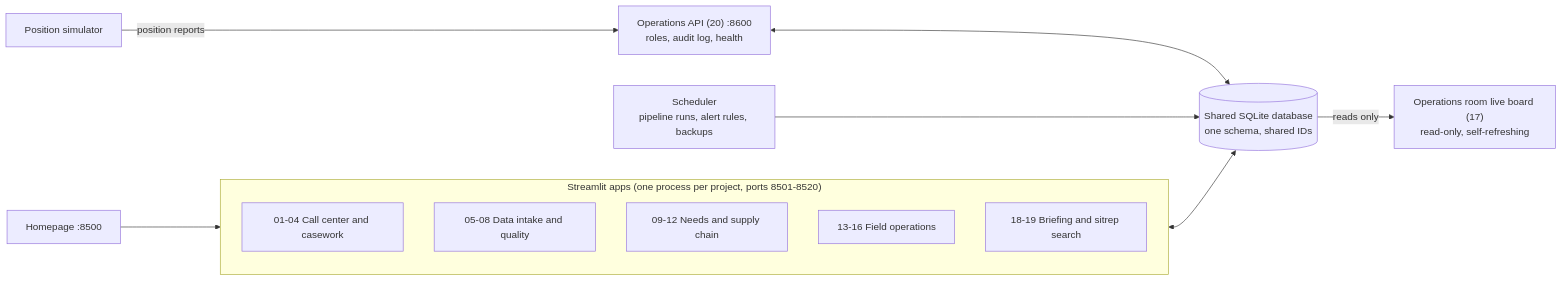
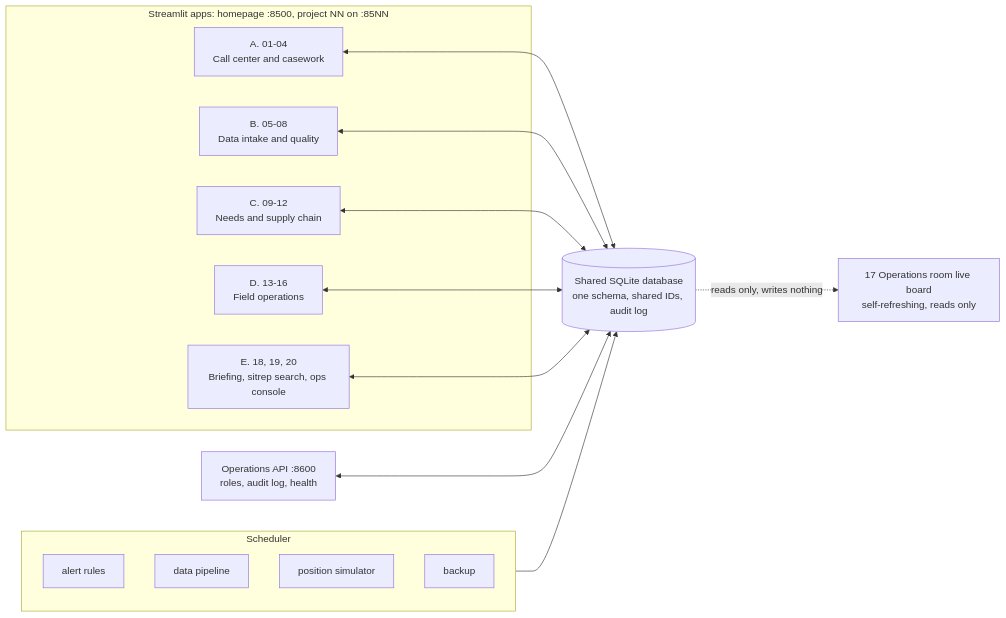
Before and after one commit to ToniHaddad/humanitarian-response-portfolio: the diagram in README.md, drawn with Mermaid. The commit also changed other lines of this file and 8 other files, not shown here.

Commit message:
Root README, architecture diagram, homepage screenshot, merged PROGRESS

````diff
--- a/README.md
+++ b/README.md
@@ -67,21 +120,27 @@
 ```mermaid
 flowchart LR
-    subgraph Apps["Streamlit apps (one process per project, ports 8501-8520)"]
-        A1["01-04 Call center and casework"]
-        A2["05-08 Data intake and quality"]
-        A3["09-12 Needs and supply chain"]
-        A4["13-16 Field operations"]
-        A5["18-19 Briefing and sitrep search"]
+    subgraph Apps["Streamlit apps: homepage :8500, project NN on :85NN"]
+        GA["A. 01-04<br/>Call center and casework"]
+        GB["B. 05-08<br/>Data intake and quality"]
+        GC["C. 09-12<br/>Needs and supply chain"]
+        GD["D. 13-16<br/>Field operations"]
+        GE["E. 18, 19, 20<br/>Briefing, sitrep search, ops console"]
     end
-    Home["Homepage :8500"] --> Apps
-    API["Operations API (20) :8600<br/>roles, audit log, health"]
-    Sched["Scheduler<br/>pipeline runs, alert rules, backups"]
-    Sim["Position simulator"]
-    DB[("Shared SQLite database<br/>one schema, shared IDs")]
-    Board["Operations room live board (17)<br/>read-only, self-refreshing"]
-    Apps <--> DB
+    Board["17 Operations room live board<br/>self-refreshing, reads only"]
+    API["Operations API :8600<br/>roles, audit log, health"]
+    subgraph Sched["Scheduler"]
+        J1["alert rules"]
+        J2["data pipeline"]
+        J3["position simulator"]
+        J4["backup"]
+    end
+    DB[("Shared SQLite database<br/>one schema, shared IDs, audit log")]
+    GA <--> DB
+    GB <--> DB
+    GC <--> DB
+    GD <--> DB
+    GE <--> DB
     API <--> DB
     Sched --> DB
-    Sim -->|position reports| API
-    DB -->|reads only| Board
+    DB -. "reads only, writes nothing" .-> Board
 ```
````
